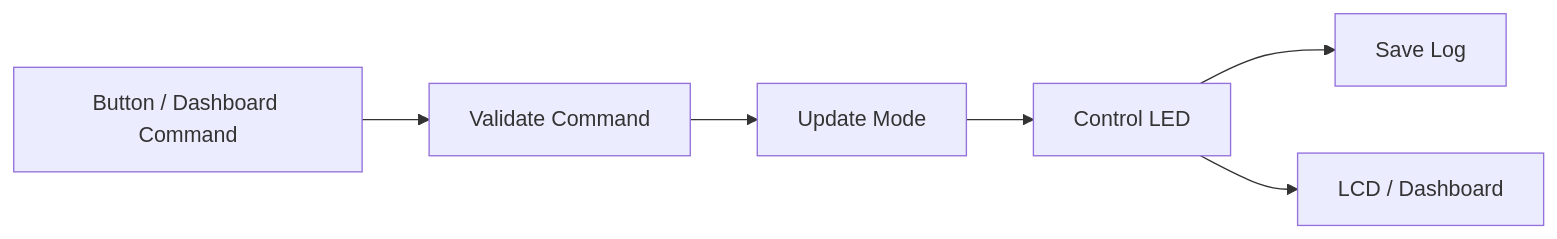
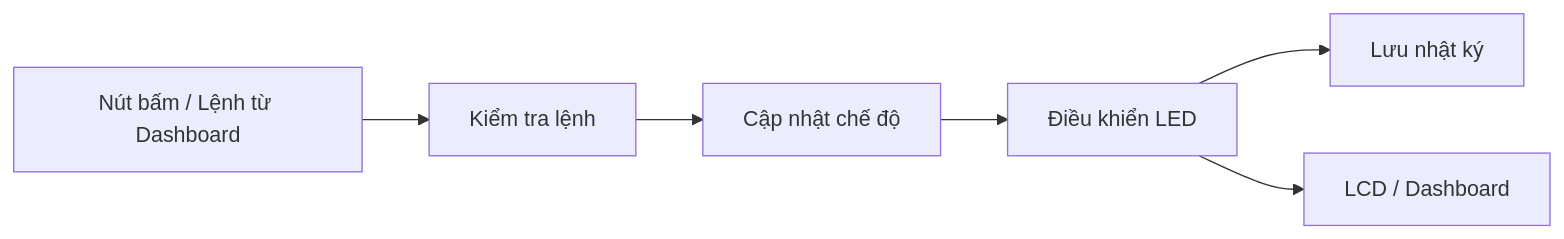
The seventh of 7 diagrams in 09_so_do_thiet_ke.md (xuanhai0913/iot-traffic-light-wokwi), drawn with Mermaid before and after one commit. The commit also changed other lines of this file and 1 other file, not shown here.

Commit message:
Fix review comments - Vietnamese diagrams and consistency

````diff
--- a/09_so_do_thiet_ke.md
+++ b/09_so_do_thiet_ke.md
@@ -573,28 +534,28 @@
 ```mermaid
 flowchart LR
 
+Input["Nút bấm / Lệnh từ Dashboard"]
 
-Input["Button / Dashboard Command"]
+KiemTra["Kiểm tra lệnh"]
 
-Validate["Validate Command"]
+CheDo["Cập nhật chế độ"]
 
-Mode["Update Mode"]
+DieuKhien["Điều khiển LED"]
 
-Control["Control LED"]
-
-Log["Save Log"]
+LuuLog["Lưu nhật ký"]
 
 Output["LCD / Dashboard"]
 
 
-Input --> Validate
+Input --> KiemTra
 
-Validate --> Mode
+KiemTra --> CheDo
 
-Mode --> Control
+CheDo --> DieuKhien
 
-Control --> Log
+DieuKhien --> LuuLog
 
-Control --> Output
+DieuKhien --> Output
+
 
 ```
````
